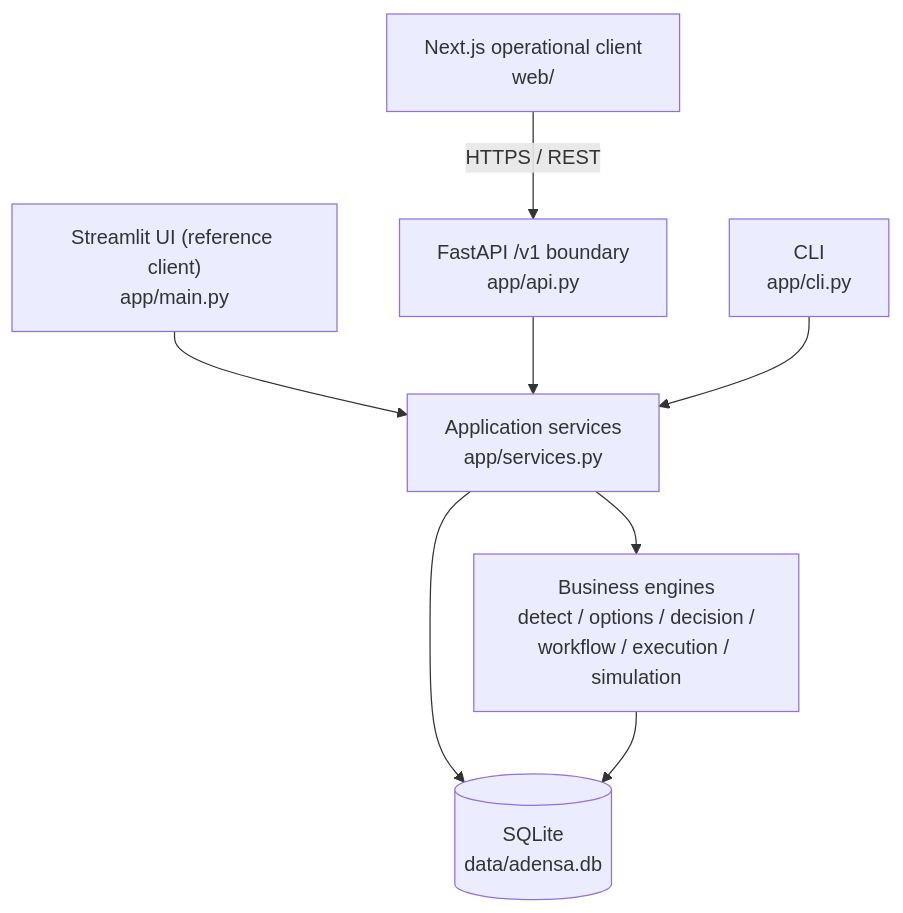
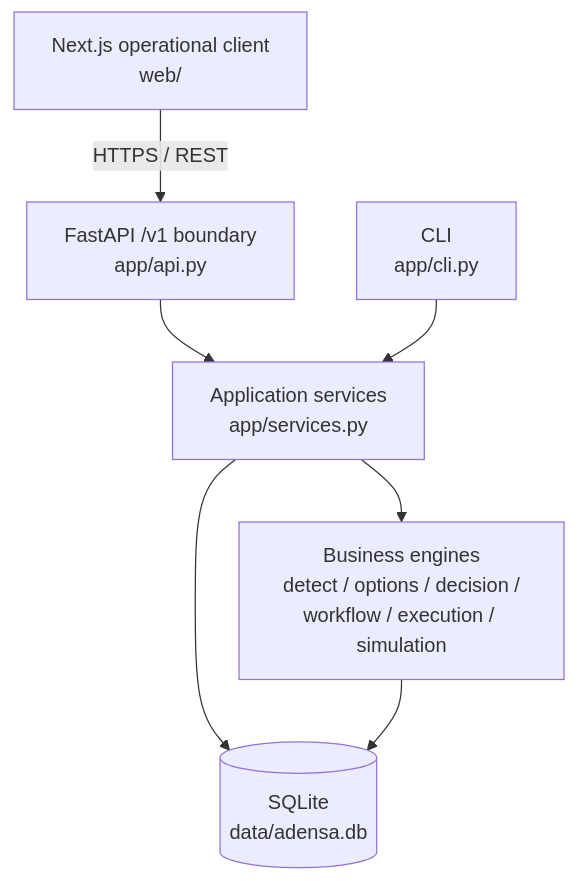
The diagram in README.md (Selaseyjr/adensa-digital), drawn with Mermaid before and after one commit. The commit also changed other lines of this file and 11 other files, not shown here.

First line of the commit message:
feat: retire streamlit reference client

````diff
--- a/README.md
+++ b/README.md
@@ -45,11 +45,10 @@
 ```mermaid
 flowchart TD
     WEB["Next.js operational client<br/>web/"] -->|"HTTPS / REST"| API
-    UI["Streamlit UI (reference client)<br/>app/main.py"] --> SVC
     API["FastAPI /v1 boundary<br/>app/api.py"] --> SVC
     CLI["CLI<br/>app/cli.py"] --> SVC
     SVC["Application services<br/>app/services.py"] --> ENG["Business engines<br/>detect / options / decision /<br/>workflow / execution / simulation"]
     SVC --> REPO["Repositories<br/>app/repositories/*"]
     ENG --> REPO
     REPO[("SQLite<br/>data/adensa.db")]
 ```
````
